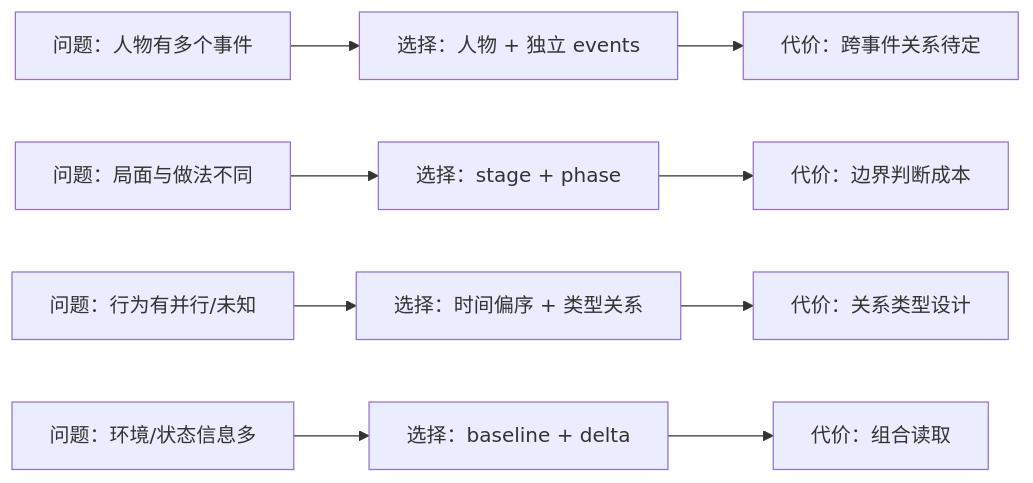
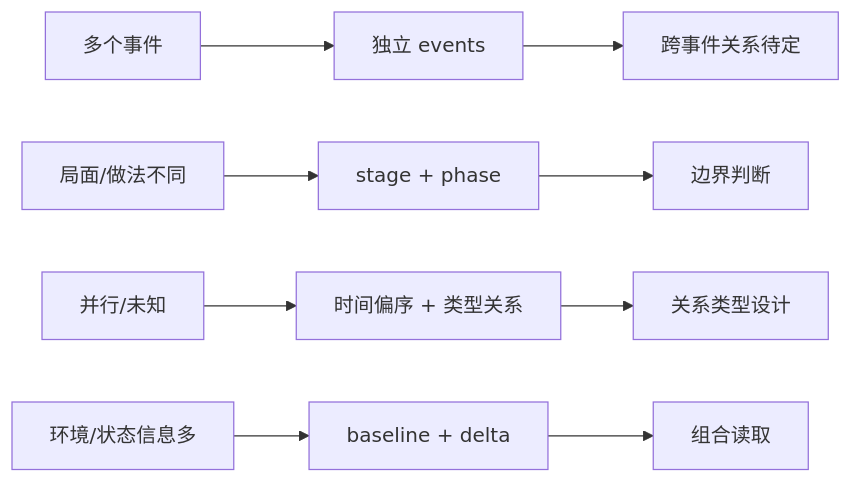
One commit to AgenticFinLab/FinMycelium changed the second of 3 diagrams in docs/structures/5-design-decisions.md. Above: the diagram before and after it, drawn with Mermaid. The commit also changed other lines of this file and 8 other files, not shown here.

First line of the commit message:
docs: fix Mermaid render errors and simplify framework diagrams

````diff
--- a/docs/structures/5-design-decisions.md
+++ b/docs/structures/5-design-decisions.md
@@ -23,7 +23,7 @@
 ```mermaid
 flowchart LR
-    Q1["问题：人物有多个事件"] --> C1["选择：人物 + 独立 events"] --> T1["代价：跨事件关系待定"]
-    Q2["问题：局面与做法不同"] --> C2["选择：stage + phase"] --> T2["代价：边界判断成本"]
-    Q3["问题：行为有并行/未知"] --> C3["选择：时间偏序 + 类型关系"] --> T3["代价：关系类型设计"]
-    Q4["问题：环境/状态信息多"] --> C4["选择：baseline + delta"] --> T4["代价：组合读取"]
+    Q1["多个事件"] --> C1["独立 events"] --> T1["跨事件关系待定"]
+    Q2["局面/做法不同"] --> C2["stage + phase"] --> T2["边界判断"]
+    Q3["并行/未知"] --> C3["时间偏序 + 类型关系"] --> T3["关系类型设计"]
+    Q4["环境/状态信息多"] --> C4["baseline + delta"] --> T4["组合读取"]
 ```
````
